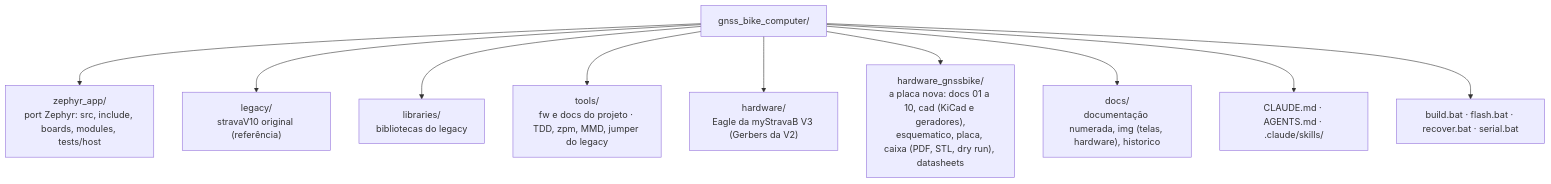
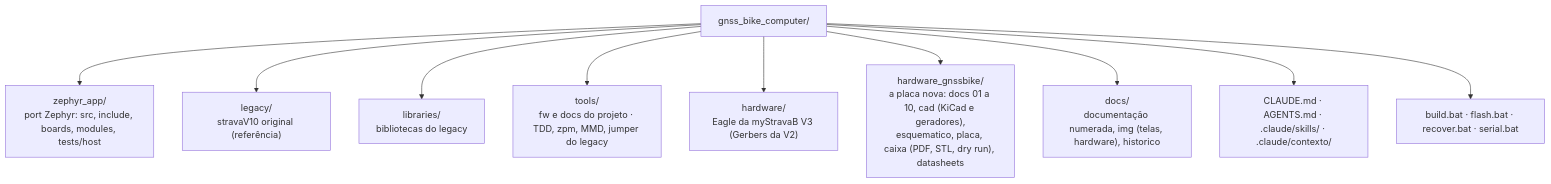
Before and after one commit to Guiimartinho/gnss-bike-computer: the third of 3 diagrams in README.md, drawn with Mermaid. The commit also changed 11 other files, not shown here.

First line of the commit message:
chore(repo): turn CLAUDE.md into a short index over .claude/contexto

````diff
--- a/README.md
+++ b/README.md
@@ -138,13 +138,13 @@
 ```mermaid
 flowchart TB
     ROOT["gnss_bike_computer/"]
     ROOT --> ZA["zephyr_app/<br/>port Zephyr: src, include, boards, modules, tests/host"]
     ROOT --> LEG["legacy/<br/>stravaV10 original (referência)"]
     ROOT --> LIB["libraries/<br/>bibliotecas do legacy"]
     ROOT --> TOOLS["tools/<br/>fw e docs do projeto · TDD, zpm, MMD, jumper do legacy"]
     ROOT --> HW["hardware/<br/>Eagle da myStravaB V3 (Gerbers da V2)"]
     ROOT --> HWN["hardware_gnssbike/<br/>a placa nova: docs 01 a 10, cad (KiCad e geradores),<br/>esquematico, placa, caixa (PDF, STL, dry run), datasheets"]
     ROOT --> DOCS["docs/<br/>documentação numerada, img (telas, hardware), historico"]
-    ROOT --> AI["CLAUDE.md · AGENTS.md · .claude/skills/"]
+    ROOT --> AI["CLAUDE.md · AGENTS.md · .claude/skills/ · .claude/contexto/"]
     ROOT --> BAT["build.bat · flash.bat · recover.bat · serial.bat"]
 ```
````
